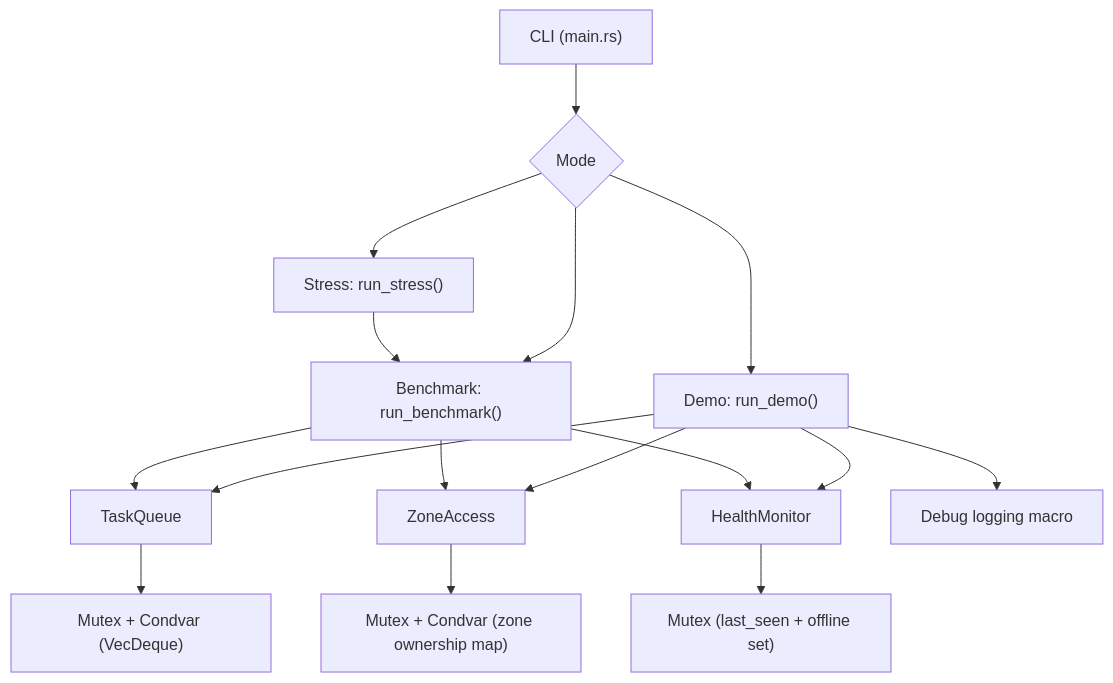
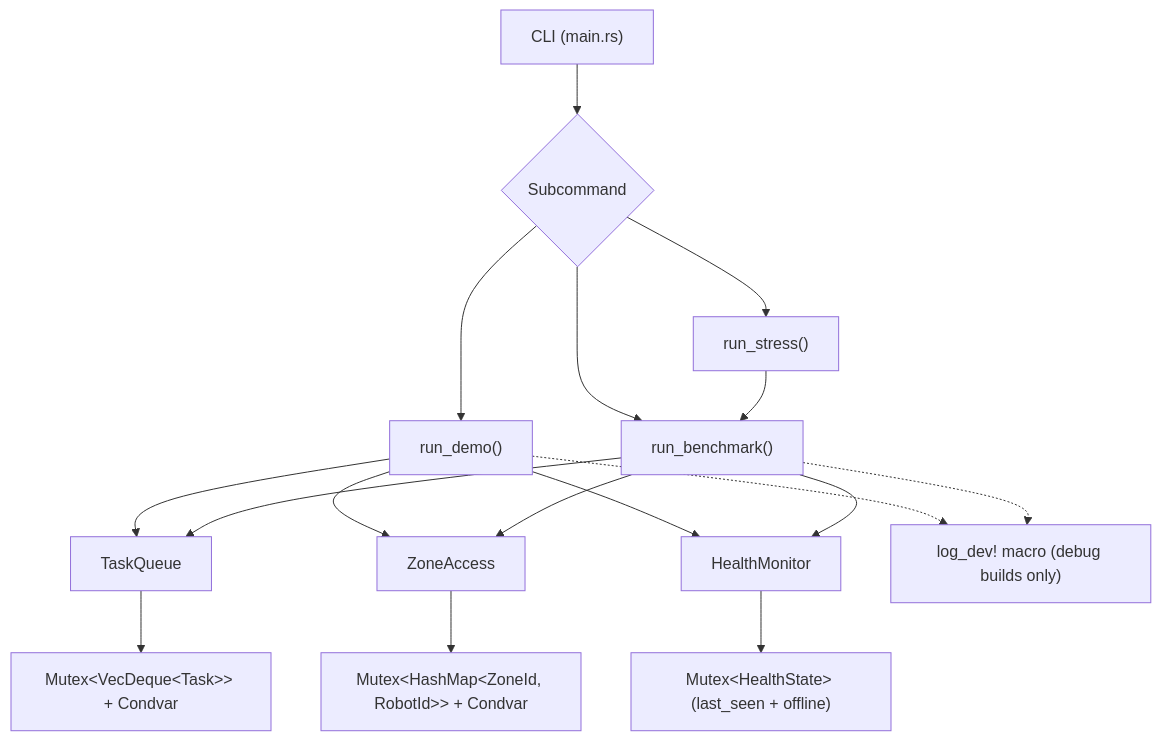
One commit to HaochenFa/Medical-Care-Robot-Coordination-System-Core changed the first of 6 diagrams in DIAGRAMS.md. Above: the diagram before and after it, drawn with Mermaid. The commit also changed other lines of this file and 3 other files, not shown here.

Commit message:
docs: add VIDEO_GUIDE and update diagrams, README, report draft

````diff
--- a/DIAGRAMS.md
+++ b/DIAGRAMS.md
@@ -13,22 +13,25 @@
 ```mermaid
 flowchart TD
-    CLI["CLI (main.rs)"] --> MODE{"Mode"}
-    MODE --> DEMO["Demo: run_demo()"]
-    MODE --> BENCH["Benchmark: run_benchmark()"]
-    MODE --> STRESS["Stress: run_stress()"]
+    CLI["CLI (main.rs)"] --> MODE{"Subcommand"}
+    MODE --> DEMO["run_demo()"]
+    MODE --> BENCH["run_benchmark()"]
+    MODE --> STRESS["run_stress()"]
 
     DEMO --> TQ["TaskQueue"]
     DEMO --> ZA["ZoneAccess"]
     DEMO --> HM["HealthMonitor"]
-    DEMO --> LOG["Debug logging macro"]
 
     BENCH --> TQ
     BENCH --> ZA
     BENCH --> HM
 
     STRESS --> BENCH
 
-    TQ --> TQSYNC["Mutex + Condvar (VecDeque)"]
-    ZA --> ZASYNC["Mutex + Condvar (zone ownership map)"]
-    HM --> HMSYNC["Mutex (last_seen + offline set)"]
+    TQ --> TQSYNC["Mutex&lt;VecDeque&lt;Task&gt;&gt; + Condvar"]
+    ZA --> ZASYNC["Mutex&lt;HashMap&lt;ZoneId, RobotId&gt;&gt; + Condvar"]
+    HM --> HMSYNC["Mutex&lt;HealthState&gt; (last_seen + offline)"]
+
+    LOG["log_dev! macro (debug builds only)"]
+    DEMO -.-> LOG
+    BENCH -.-> LOG
 ```
````
